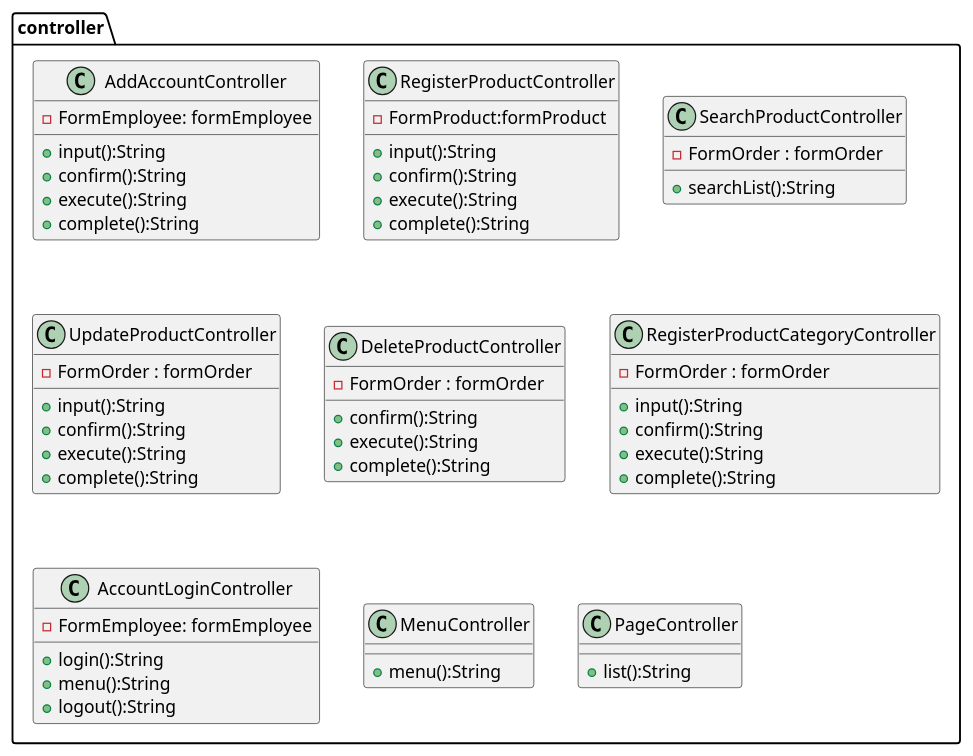
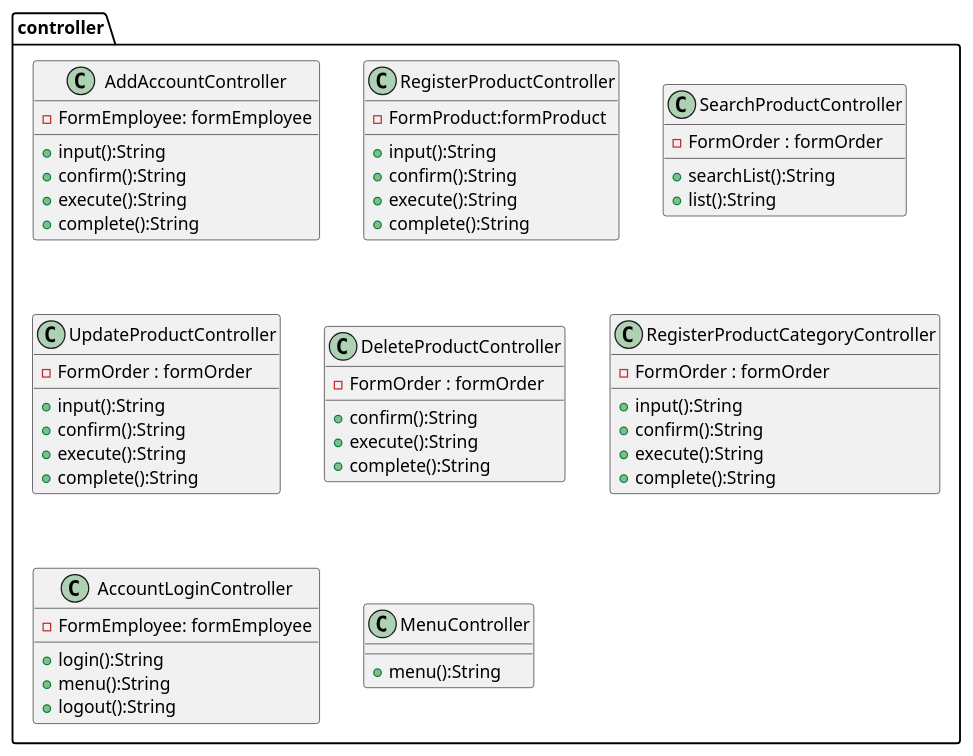
Before and after one commit to kanavii3333/ec-b: the diagram in plan/uml/class/controller.plantuml, drawn with PlantUML.

Commit message:
controller.plantuml

```diff
--- a/plan/uml/class/controller.plantuml
+++ b/plan/uml/class/controller.plantuml
@@ -1,60 +1,58 @@
 package controller{
     class AddAccountController{
         -FormEmployee: formEmployee
         + input():String
         + confirm():String
         + execute():String
     	+ complete():String
         
     }
     class RegisterProductController{
     	- FormProduct:formProduct
         + input():String
         + confirm():String
         + execute():String
     	+ complete():String
     }
     class SearchProductController{
     	- FormOrder : formOrder
     	+ searchList():String
-    	
+    	+ list():String
       
         
     }
     class UpdateProductController{
         - FormOrder : formOrder
      	+ input():String
         + confirm():String
         + execute():String
     	+ complete():String
         
     }
     class DeleteProductController{
     	- FormOrder : formOrder
         + confirm():String
         + execute():String
     	+ complete():String
     }
     class RegisterProductCategoryController{
         - FormOrder : formOrder
         + input():String
         + confirm():String
         + execute():String
     	+ complete():String
     }
     class AccountLoginController{
         -FormEmployee: formEmployee
         + login():String
         + menu():String
         + logout():String
     }
     class MenuController{
         + menu():String
     
 }
 
-    class PageController{
-     	+ list():String
-    }
+ 
 
 }
```
